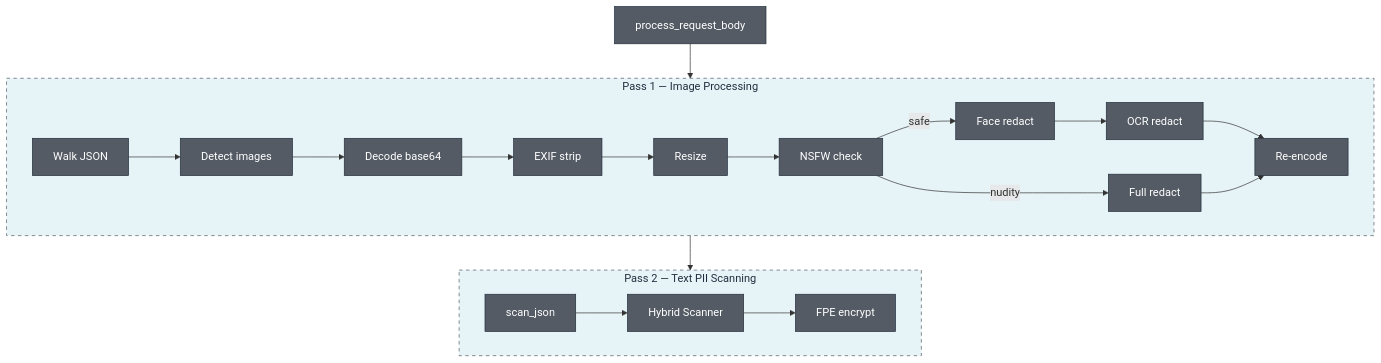
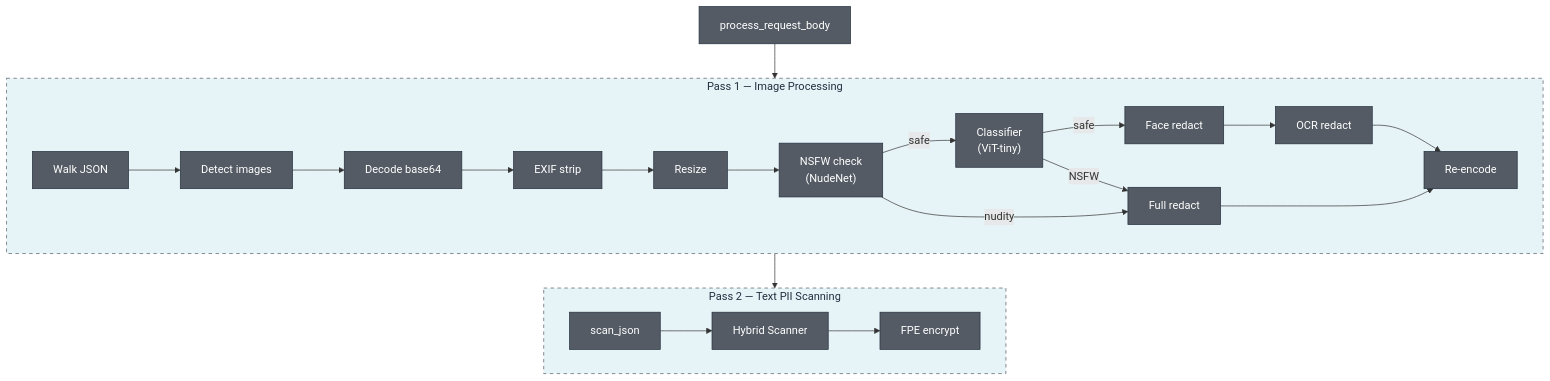
One commit to OpenObscure/OpenObscure changed diagram 14 of 15 in ARCHITECTURE.md. Above: the diagram before and after it, drawn with Mermaid. The commit also changed other lines of this file and 17 other files, not shown here.

First line of the commit message:
Add ensemble NSFW classifier (Phase 15) with documentation updates

````diff
--- a/ARCHITECTURE.md
+++ b/ARCHITECTURE.md
@@ -703,44 +704,47 @@
 ```mermaid
 flowchart TB
     entry["process_request_body"]
 
     subgraph pass1 ["Pass 1 — Image Processing"]
         direction LR
         walk["Walk JSON"] --> detect["Detect images"]
         detect --> decode["Decode base64"]
         decode --> exif["EXIF strip"]
         exif --> resize["Resize"]
-        resize --> nsfw["NSFW check"]
-        nsfw -->|"safe"| face["Face redact"]
+        resize --> nsfw["NSFW check<br>(NudeNet)"]
+        nsfw -->|"safe"| classifier["Classifier<br>(ViT-tiny)"]
         nsfw -->|"nudity"| fullredact["Full redact"]
+        classifier -->|"safe"| face["Face redact"]
+        classifier -->|"NSFW"| fullredact
         face --> ocr["OCR redact"]
         ocr --> encode["Re-encode"]
         fullredact --> encode
     end
 
     subgraph pass2 ["Pass 2 — Text PII Scanning"]
         direction LR
         scan["scan_json"] --> match["Hybrid Scanner"]
         match --> encrypt["FPE encrypt"]
     end
 
     entry --> pass1
     pass1 --> pass2
 
     style entry fill:#545b64,stroke:#232F3E,color:#fff
     style pass1 fill:#e6f3f7,stroke:#545b64,stroke-dasharray: 5 5,color:#232F3E
     style pass2 fill:#e6f3f7,stroke:#545b64,stroke-dasharray: 5 5,color:#232F3E
     style walk fill:#545b64,stroke:#232F3E,color:#fff
     style detect fill:#545b64,stroke:#232F3E,color:#fff
     style decode fill:#545b64,stroke:#232F3E,color:#fff
     style exif fill:#545b64,stroke:#232F3E,color:#fff
     style resize fill:#545b64,stroke:#232F3E,color:#fff
     style nsfw fill:#545b64,stroke:#232F3E,color:#fff
+    style classifier fill:#545b64,stroke:#232F3E,color:#fff
     style face fill:#545b64,stroke:#232F3E,color:#fff
     style fullredact fill:#545b64,stroke:#232F3E,color:#fff
     style ocr fill:#545b64,stroke:#232F3E,color:#fff
     style encode fill:#545b64,stroke:#232F3E,color:#fff
     style scan fill:#545b64,stroke:#232F3E,color:#fff
     style match fill:#545b64,stroke:#232F3E,color:#fff
     style encrypt fill:#545b64,stroke:#232F3E,color:#fff
 ```
````
